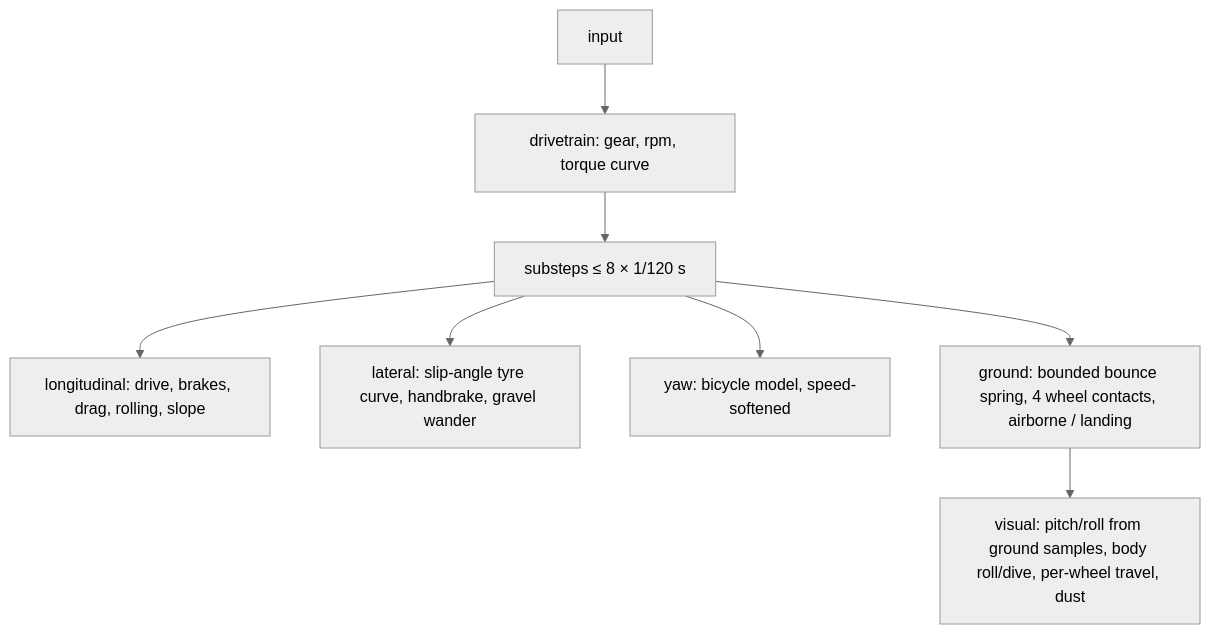
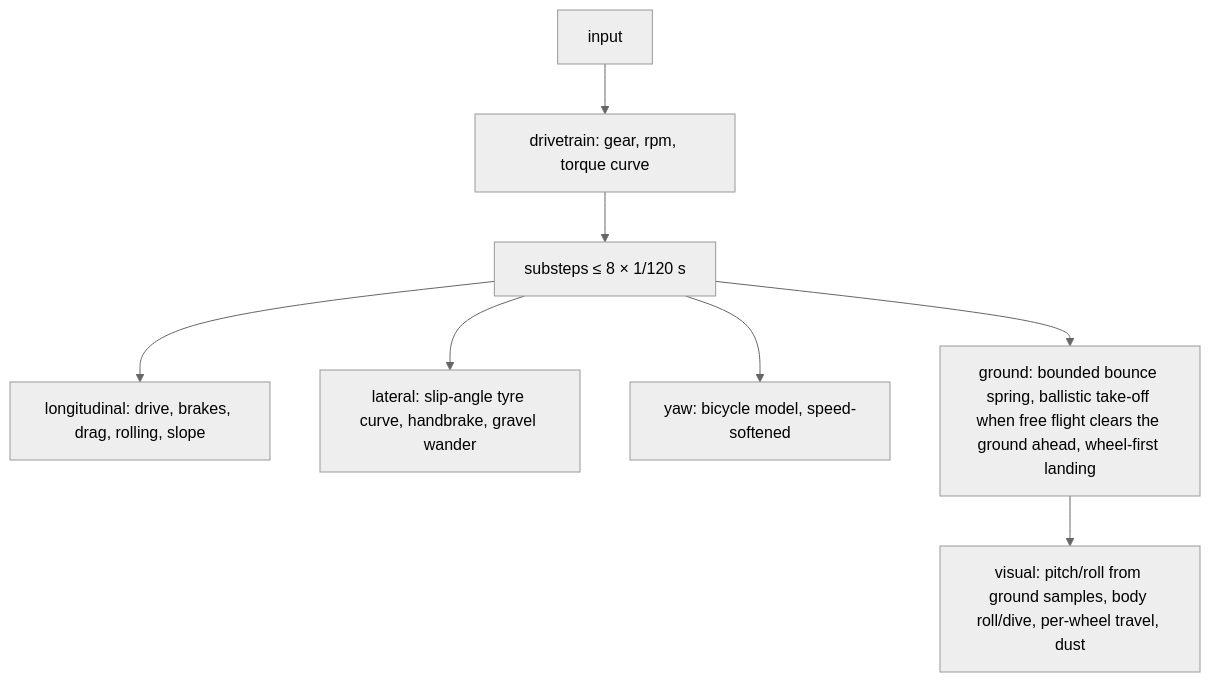
Before and after one commit to FlipTMoan/norwayralley: the third of 3 diagrams in ARCHITECTURE.md, drawn with Mermaid (neutral theme). The commit also changed other lines of this file and 10 other files, not shown here.

````diff
--- a/ARCHITECTURE.md
+++ b/ARCHITECTURE.md
@@ -108,10 +109,10 @@
 ```mermaid
 flowchart TD
   I[input] --> D[drivetrain: gear, rpm, torque curve]
   D --> S[substeps ≤ 8 × 1/120 s]
   S --> L[longitudinal: drive, brakes, drag, rolling, slope]
   S --> T[lateral: slip-angle tyre curve, handbrake, gravel wander]
   S --> Y[yaw: bicycle model, speed-softened]
-  S --> G[ground: bounded bounce spring, 4 wheel contacts, airborne / landing]
+  S --> G[ground: bounded bounce spring, ballistic take-off when free flight clears the ground ahead, wheel-first landing]
   G --> V[visual: pitch/roll from ground samples, body roll/dive, per-wheel travel, dust]
 ```
````
